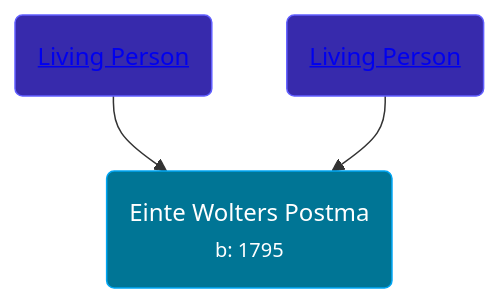
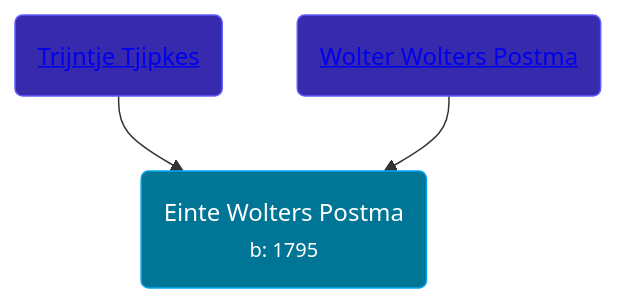
The diagram in pages/people/1/18880768.md (wpmgotkh/wpmgotkh.github.io), drawn with Mermaid before and after one commit. The commit also changed other lines of this file and 586 other files, not shown here.

Commit message:
feat: better shouldConsiderPersonLiving algo

````diff
--- a/pages/people/1/18880768.md
+++ b/pages/people/1/18880768.md
@@ -10,9 +10,9 @@
 ```mermaid
 graph
 classDef grands fill:#193cb8,stroke:#2b7fff,stroke-width:1px,color:#fff;
 classDef parents fill:#372aac,stroke:#615fff,stroke-width:1px,color:#fff;
 classDef primary fill:#007595,stroke:#00a6f4,stroke-width:1px,color:#fff;
 18880768(Einte Wolters Postma<br /><small>b: 1795</small>):::primary
-78249927(<a class="text-white" href="/people/7/78249927">Living Person</a>):::parents-->18880768
-26527652(<a class="text-white" href="/people/2/26527652">Living Person</a>):::parents-->18880768
+78249927(<a class="text-white" href="/people/7/78249927">Trijntje Tjipkes</a>):::parents-->18880768
+26527652(<a class="text-white" href="/people/2/26527652">Wolter Wolters Postma</a>):::parents-->18880768
 ```
````
